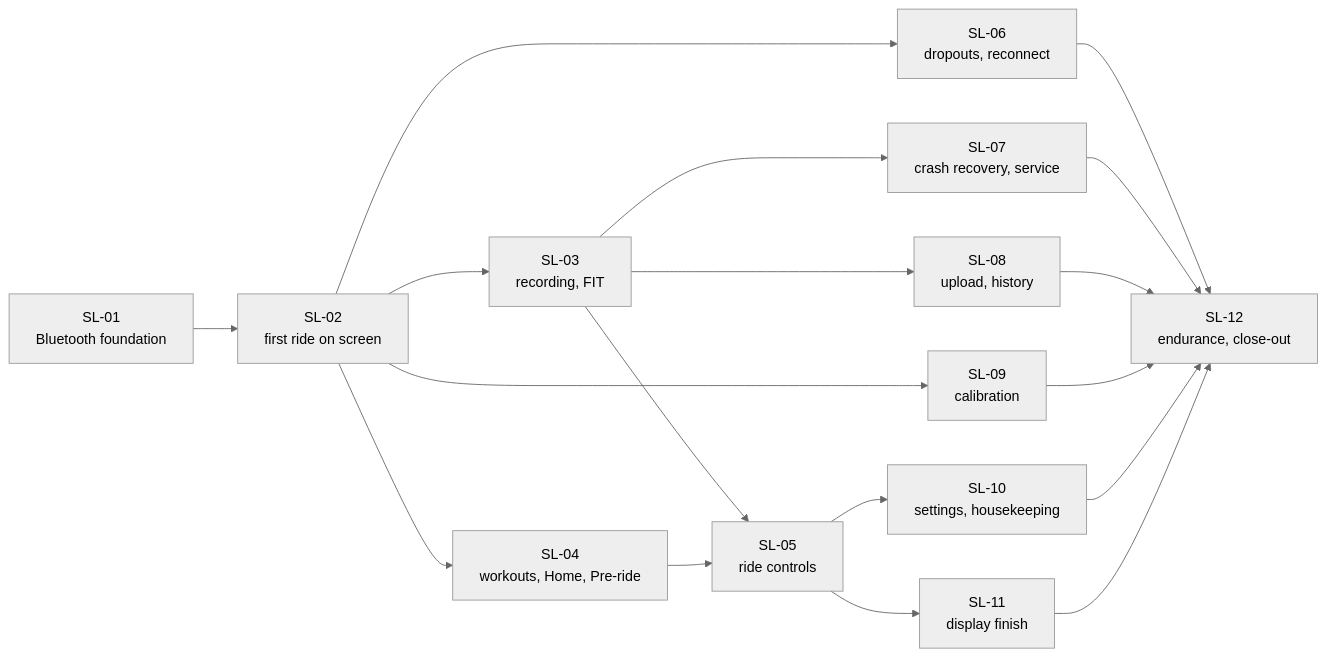
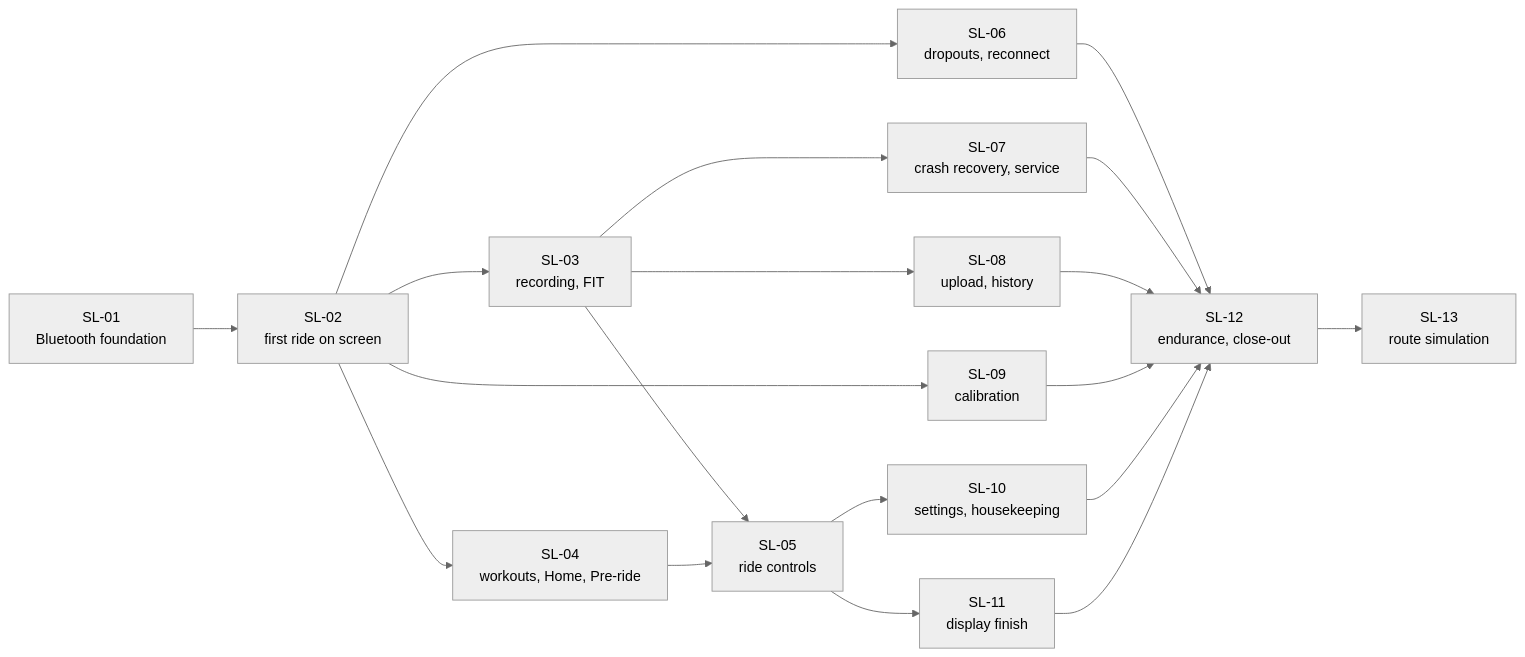
Before and after one commit to ferdean/wow: the second of 6 diagrams in docs/phase5-implementation.md, drawn with Mermaid (neutral theme). The commit also changed other lines of this file and 70 other files, not shown here.

````diff
--- a/docs/phase5-implementation.md
+++ b/docs/phase5-implementation.md
@@ -32,15 +32,16 @@
 ```mermaid
 flowchart LR
     s1["SL-01<br/>Bluetooth foundation"] --> s2["SL-02<br/>first ride on screen"]
     s2 --> s3["SL-03<br/>recording, FIT"]
     s2 --> s4["SL-04<br/>workouts, Home, Pre-ride"]
     s3 --> s5["SL-05<br/>ride controls"]
     s4 --> s5
     s2 --> s6["SL-06<br/>dropouts, reconnect"]
     s3 --> s7["SL-07<br/>crash recovery, service"]
     s3 --> s8["SL-08<br/>upload, history"]
     s2 --> s9["SL-09<br/>calibration"]
     s5 --> s10["SL-10<br/>settings, housekeeping"]
     s5 --> s11["SL-11<br/>display finish"]
     s6 & s7 & s8 & s9 & s10 & s11 --> s12["SL-12<br/>endurance, close-out"]
+    s12 --> s13["SL-13<br/>route simulation"]
 ```
````
